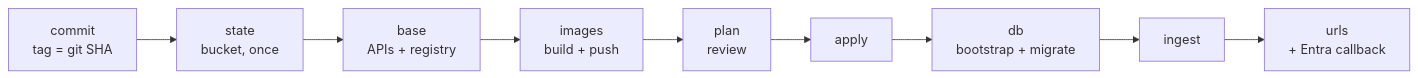
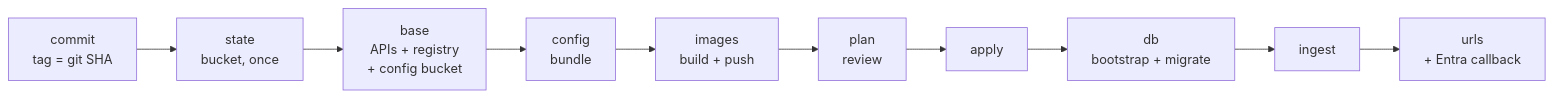
The third of 3 diagrams in docs/GCP_DEPLOYMENT.md (shaheenks/agentic-sdlc-core), drawn with Mermaid before and after one commit. The commit also changed other lines of this file, not shown here.

Commit message:
GCP_DEPLOYMENT: config step in the deployment sequence

````diff
--- a/docs/GCP_DEPLOYMENT.md
+++ b/docs/GCP_DEPLOYMENT.md
@@ -205,4 +205,4 @@
 ```mermaid
 flowchart LR
-    C[commit<br/>tag = git SHA] --> S1[state<br/>bucket, once] --> S2[base<br/>APIs + registry] --> S3[images<br/>build + push] --> S4[plan<br/>review] --> S5[apply] --> S6[db<br/>bootstrap + migrate] --> S7[ingest] --> S8[urls<br/>+ Entra callback]
+    C[commit<br/>tag = git SHA] --> S1[state<br/>bucket, once] --> S2[base<br/>APIs + registry<br/>+ config bucket] --> S2b[config<br/>bundle] --> S3[images<br/>build + push] --> S4[plan<br/>review] --> S5[apply] --> S6[db<br/>bootstrap + migrate] --> S7[ingest] --> S8[urls<br/>+ Entra callback]
 ```
````
